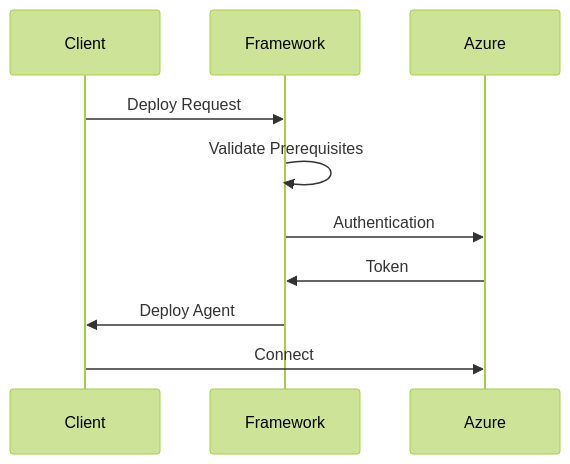
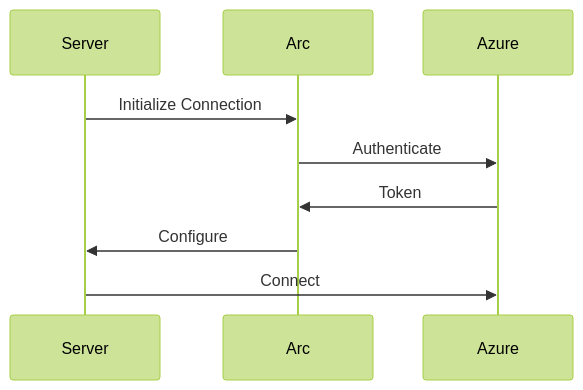
The third of 8 diagrams in docs/Architecture.md (topazyo/azure-arc-deployment-framework), drawn with Mermaid (forest theme) before and after one commit. The commit also changed other lines of this file and 93 other files, not shown here.

````diff
--- a/docs/Architecture.md
+++ b/docs/Architecture.md
@@ -15,12 +84,11 @@
 ```mermaid
 sequenceDiagram
-    participant Client
-    participant Framework
+    participant Server
+    participant Arc
     participant Azure
-    Client->>Framework: Deploy Request
-    Framework->>Framework: Validate Prerequisites
-    Framework->>Azure: Authentication
-    Azure->>Framework: Token
-    Framework->>Client: Deploy Agent
-    Client->>Azure: Connect
+    Server->>Arc: Initialize Connection
+    Arc->>Azure: Authenticate
+    Azure->>Arc: Token
+    Arc->>Server: Configure
+    Server->>Azure: Connect
 ```
````
